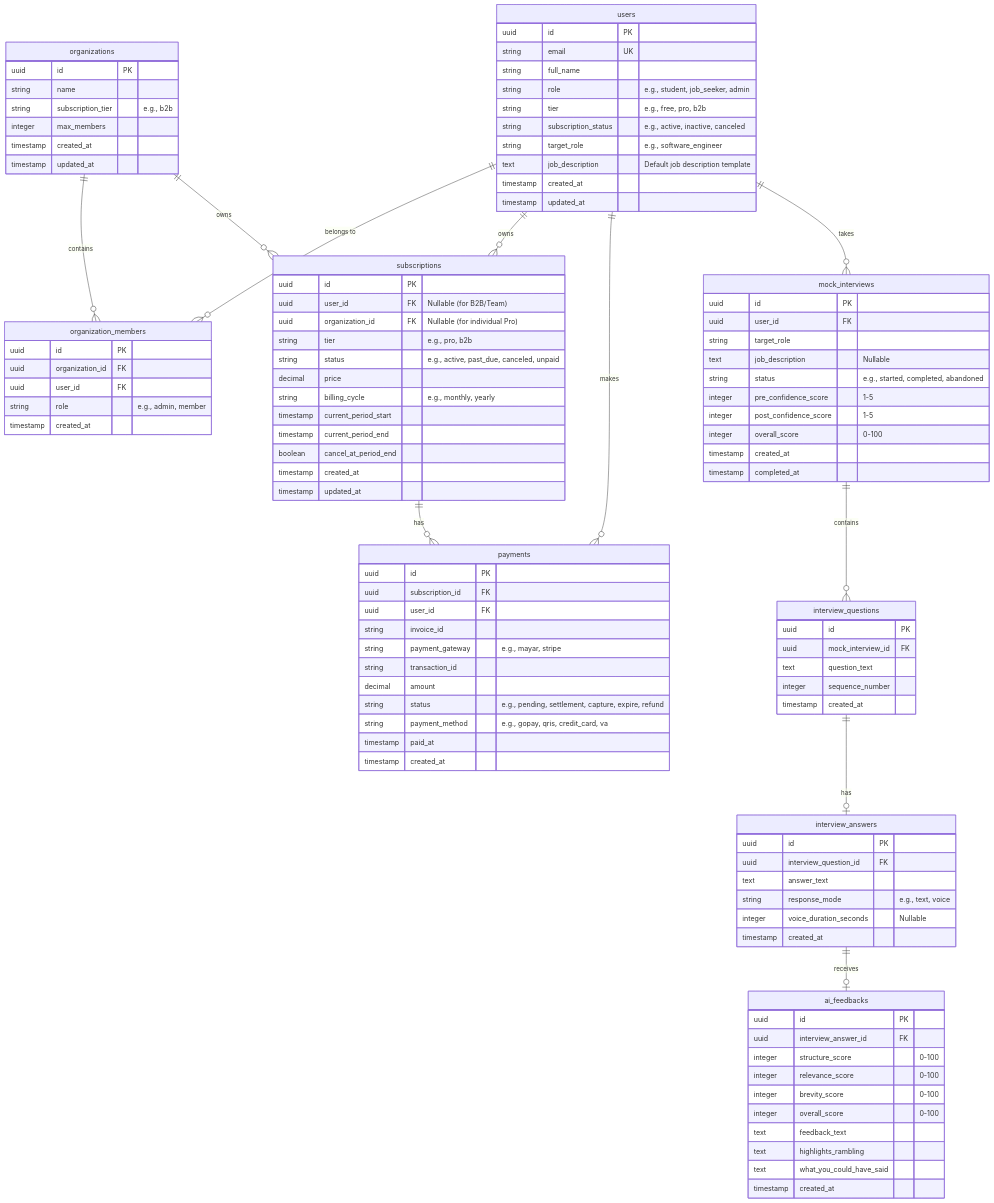
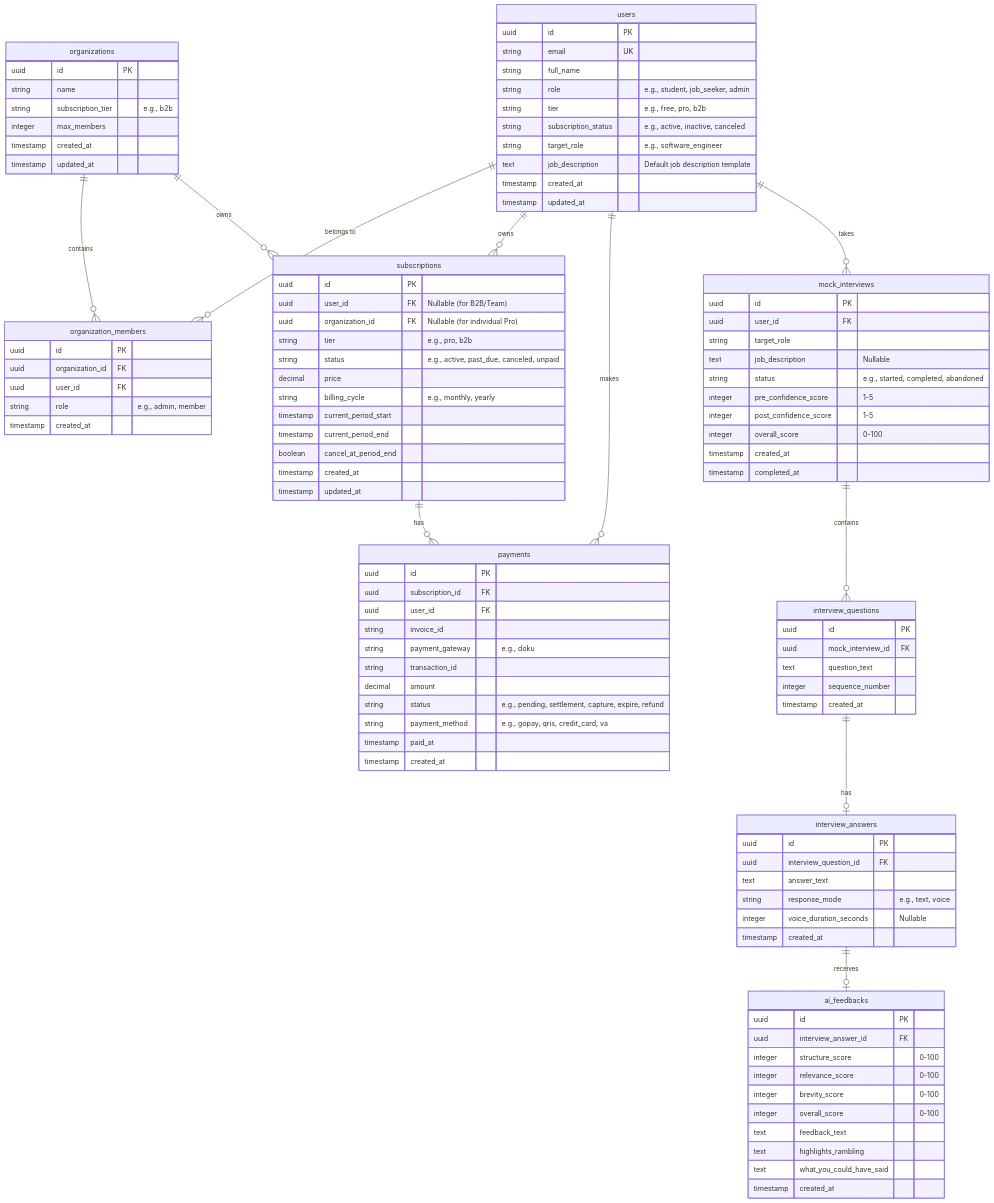
One commit to vickyvaf/interview-masters changed the diagram in docs/ERD.md. Above: the diagram before and after it, drawn with Mermaid. The commit also changed other lines of this file and 7 other files, not shown here.

Commit message:
feat: replace Mayar payment gateway with DOKU and remove Stripe

```diff
--- a/docs/ERD.md
+++ b/docs/ERD.md
@@ -56,7 +56,7 @@
         uuid subscription_id FK
         uuid user_id FK
         string invoice_id
-        string payment_gateway "e.g., mayar, stripe"
+        string payment_gateway "e.g., doku"
         string transaction_id
         decimal amount
         string status "e.g., pending, settlement, capture, expire, refund"
```
